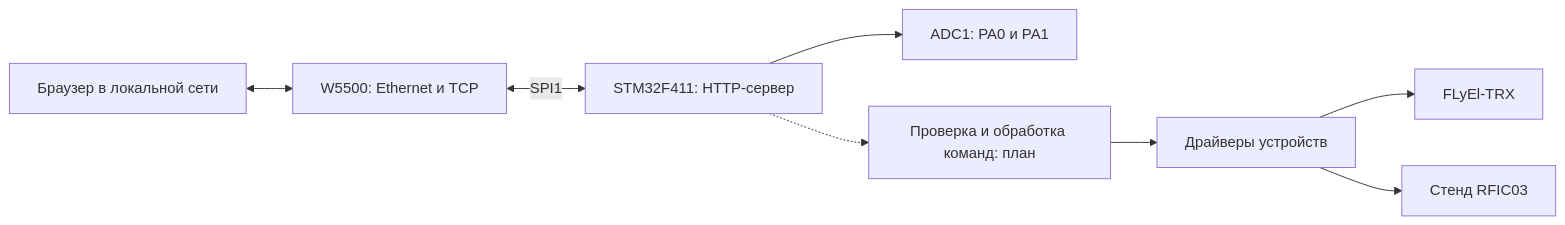
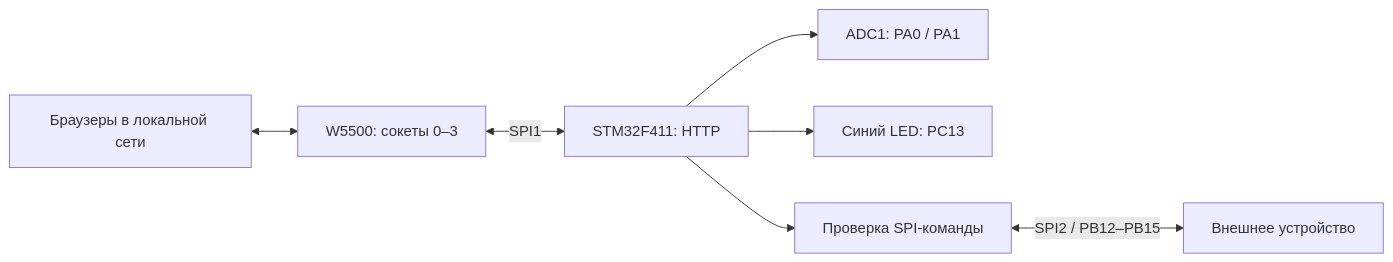
The diagram in documentation/ARCHITECTURE.md (TheGreatTemplar/STM32F411-W5500), drawn with Mermaid before and after one commit. The commit also changed other lines of this file and 29 other files, not shown here.

Commit message:
Support four cooperative HTTP sockets and an independent SPI2 command console

````diff
--- a/documentation/ARCHITECTURE.md
+++ b/documentation/ARCHITECTURE.md
@@ -6,10 +3,9 @@
 ```mermaid
 flowchart LR
-    Browser[Браузер в локальной сети] <--> W5500[W5500: Ethernet и TCP]
-    W5500 <-->|SPI1| Server[STM32F411: HTTP-сервер]
-    Server --> ADC[ADC1: PA0 и PA1]
-    Server -.-> Commands[Проверка и обработка команд: план]
-    Commands --> Drivers[Драйверы устройств]
-    Drivers --> TRX[FLyEl-TRX]
-    Drivers --> RFIC[Стенд RFIC03]
+    Browsers[Браузеры в локальной сети] <--> W5500[W5500: сокеты 0–3]
+    W5500 <-->|SPI1| Server[STM32F411: HTTP]
+    Server --> ADC[ADC1: PA0 / PA1]
+    Server --> LED[Синий LED: PC13]
+    Server --> Console[Проверка SPI-команды]
+    Console <-->|SPI2 / PB12–PB15| Device[Внешнее устройство]
 ```
````
